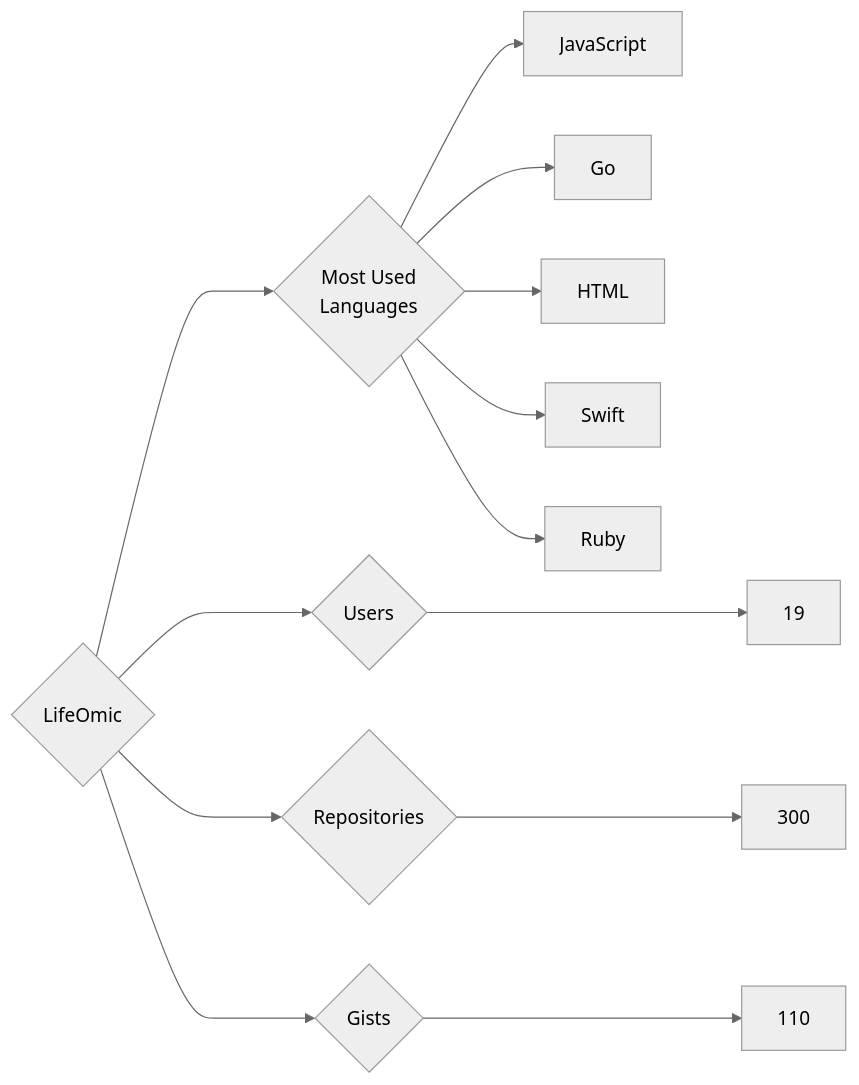
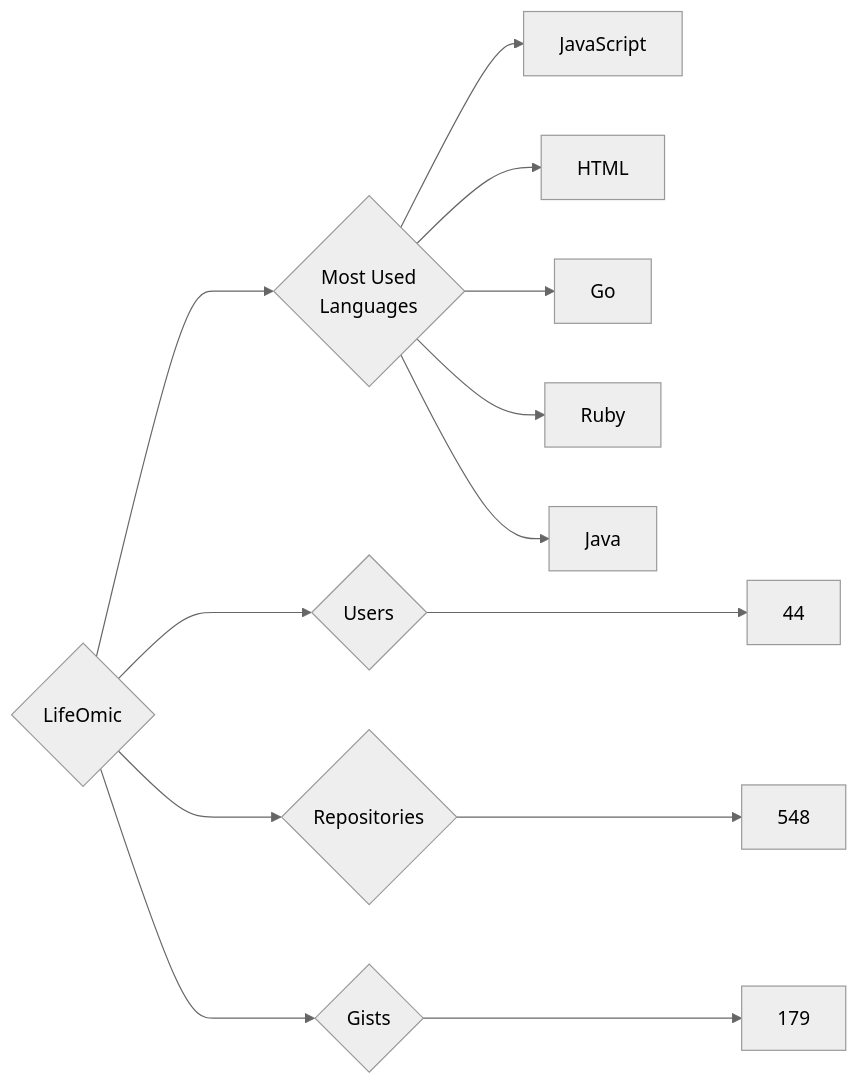
One commit to trickest/insiders changed the diagram in targets/LifeOmic/README.md. Above: the diagram before and after it, drawn with Mermaid (neutral theme). The commit also changed 877 other files, not shown here.

````diff
--- a/targets/LifeOmic/README.md
+++ b/targets/LifeOmic/README.md
@@ -3,13 +3,13 @@
 ```mermaid
 graph LR
 COMPANY_NAME{LifeOmic}
-COMPANY_NAME ---> U{Users} ---> UN[19]
-COMPANY_NAME ---> R{Repositories} ---> RN[300]
-COMPANY_NAME ---> G{Gists} ---> GN[110]
+COMPANY_NAME ---> U{Users} ---> UN[44]
+COMPANY_NAME ---> R{Repositories} ---> RN[548]
+COMPANY_NAME ---> G{Gists} ---> GN[179]
 COMPANY_NAME ---> ML{Most Used<br>Languages}
 ML --> JavaScript[JavaScript]
+ML --> HTML[HTML]
 ML --> Go[Go]
-ML --> HTML[HTML]
-ML --> Swift[Swift]
 ML --> Ruby[Ruby]
+ML --> Java[Java]
 ```
````
